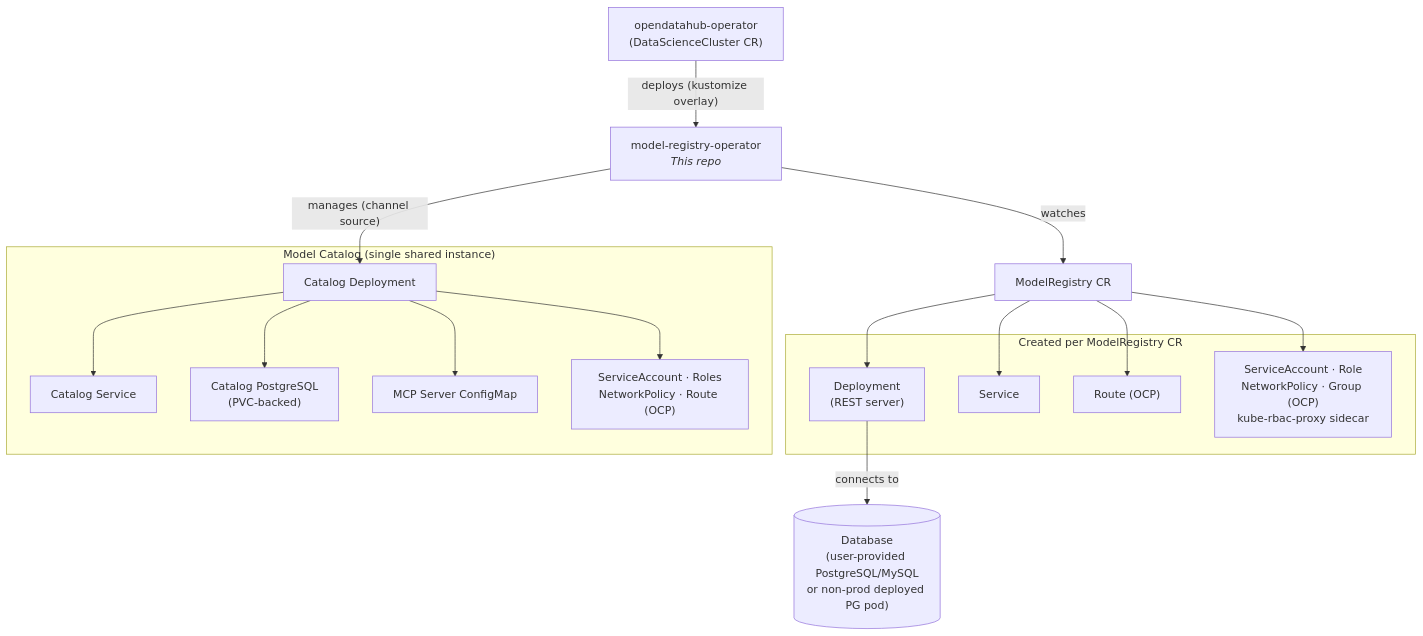
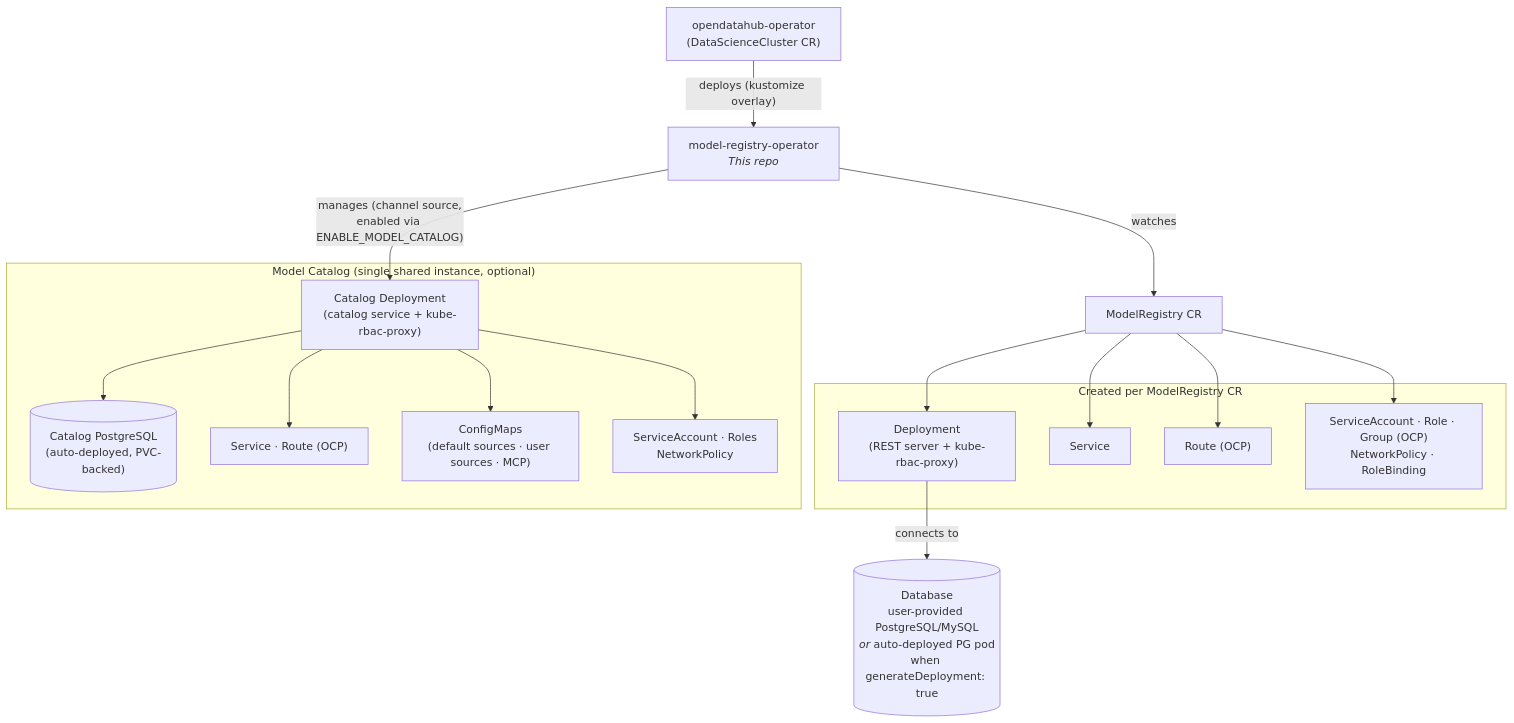
One commit to opendatahub-io/model-registry-operator changed the diagram in AGENTS.md. Above: the diagram before and after it, drawn with Mermaid.

Commit message:
docs: improve diagram accuracy for DB options and catalog detail
- Clarify database can be auto-deployed via generateDeployment: true
  (not just user-provided)
- Show catalog as optional (ENABLE_MODEL_CATALOG)
- Add catalog ConfigMap detail (default/user/MCP sources)
- Show kube-rbac-proxy sidecar in both deployments
- Note catalog PostgreSQL is always auto-deployed (PVC-backed)

````diff
--- a/AGENTS.md
+++ b/AGENTS.md
@@ -57,38 +57,32 @@
 ```mermaid
 graph TD
     ODH["opendatahub-operator<br/>(DataScienceCluster CR)"]
     MRO["model-registry-operator<br/><i>This repo</i>"]
     CR["ModelRegistry CR"]
 
     ODH -->|"deploys (kustomize overlay)"| MRO
     MRO -->|watches| CR
 
     subgraph "Created per ModelRegistry CR"
-        DEP["Deployment<br/>(REST server)"]
+        DEP["Deployment<br/>(REST server + kube-rbac-proxy)"]
         SVC[Service]
         RT["Route (OCP)"]
-        MISC["ServiceAccount · Role<br/>NetworkPolicy · Group (OCP)<br/>kube-rbac-proxy sidecar"]
+        MISC["ServiceAccount · Role · Group (OCP)<br/>NetworkPolicy · RoleBinding"]
     end
 
-    CR --> DEP
-    CR --> SVC
-    CR --> RT
-    CR --> MISC
+    CR --> DEP & SVC & RT & MISC
 
-    DB[("Database<br/>(user-provided PostgreSQL/MySQL<br/>or non-prod deployed PG pod)")]
+    DB[("Database<br/>user-provided PostgreSQL/MySQL<br/><i>or</i> auto-deployed PG pod<br/>when generateDeployment: true")]
     DEP -->|connects to| DB
 
-    subgraph "Model Catalog (single shared instance)"
-        CAT_DEP["Catalog Deployment"]
-        CAT_SVC["Catalog Service"]
-        CAT_PG["Catalog PostgreSQL<br/>(PVC-backed)"]
-        CAT_MCP["MCP Server ConfigMap"]
-        CAT_MISC["ServiceAccount · Roles<br/>NetworkPolicy · Route (OCP)"]
+    subgraph "Model Catalog (single shared instance, optional)"
+        CAT_DEP["Catalog Deployment<br/>(catalog service + kube-rbac-proxy)"]
+        CAT_PG[("Catalog PostgreSQL<br/>(auto-deployed, PVC-backed)")]
+        CAT_SVC["Service · Route (OCP)"]
+        CAT_CFG["ConfigMaps<br/>(default sources · user sources · MCP)"]
+        CAT_MISC["ServiceAccount · Roles<br/>NetworkPolicy"]
     end
 
-    MRO -->|"manages (channel source)"| CAT_DEP
-    CAT_DEP --> CAT_PG
-    CAT_DEP --> CAT_SVC
-    CAT_DEP --> CAT_MCP
-    CAT_DEP --> CAT_MISC
+    MRO -->|"manages (channel source,<br/>enabled via ENABLE_MODEL_CATALOG)"| CAT_DEP
+    CAT_DEP --> CAT_PG & CAT_SVC & CAT_CFG & CAT_MISC
 ```
````
